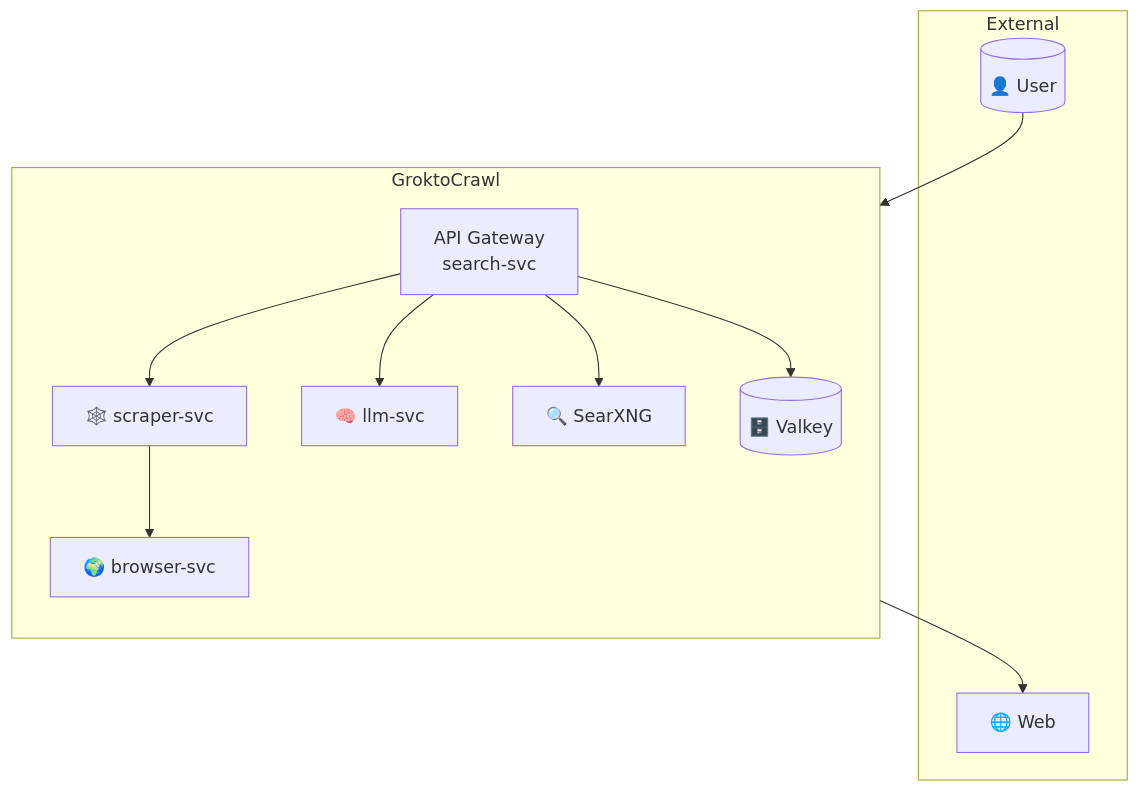
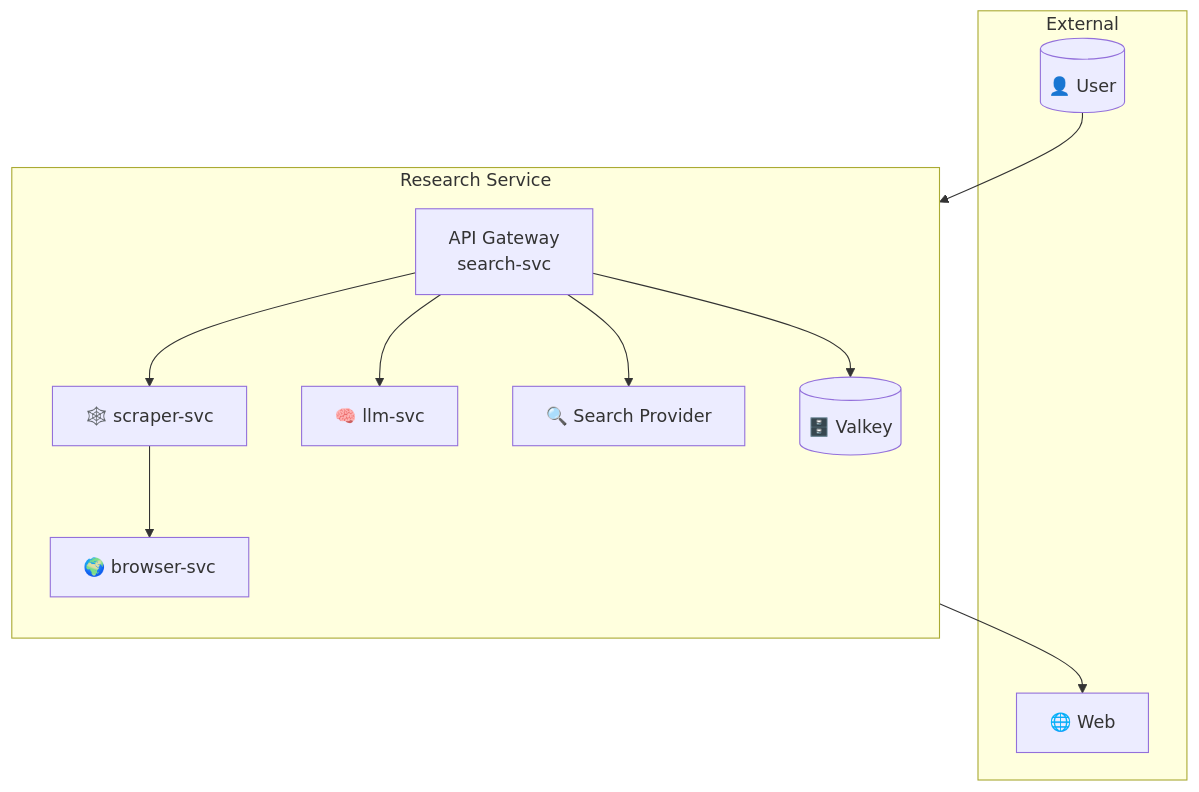
One commit to magnus919/agent-skills changed the second of 3 diagrams in mermaid-diagrams/references/c4-mermaid.md. Above: the diagram before and after it, drawn with Mermaid. The commit also changed other lines of this file, not shown here.

Commit message:
fix: generalize portable examples

````diff
--- a/mermaid-diagrams/references/c4-mermaid.md
+++ b/mermaid-diagrams/references/c4-mermaid.md
@@ -55,25 +55,25 @@
 ```mermaid
 flowchart TB
   subgraph External["External"]
     U[("👤 User")]
     W["🌐 Web"]
   end
 
-  subgraph GroktoCrawl["GroktoCrawl"]
+  subgraph ResearchService["Research Service"]
     direction TB
     GW["API Gateway\nsearch-svc"]
     SC["🕸️ scraper-svc"]
     BR["🌍 browser-svc"]
     LLM["🧠 llm-svc"]
-    SR["🔍 SearXNG"]
+    SR["🔍 Search Provider"]
     VK[("🗄️ Valkey")]
   end
 
   U --> GW
   GW --> SC
   SC --> BR
   GW --> LLM
   GW --> SR
   GW --> VK
   SR --> W
 ```
````
